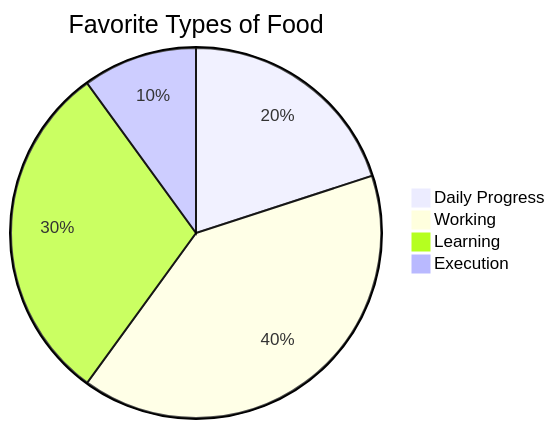
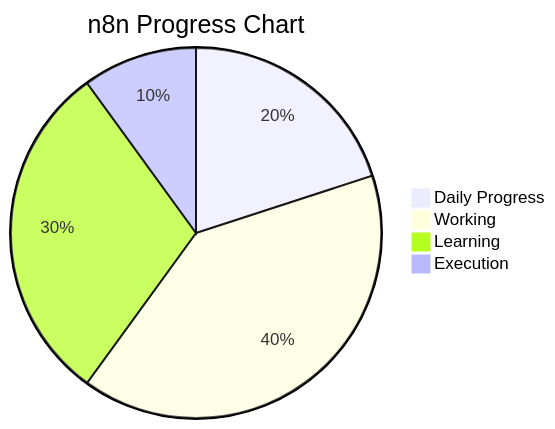
Before and after one commit to isufyann/n8n: the second of 2 diagrams in WorkFlow_02/README.md, drawn with Mermaid.

Commit message:
Update pie chart title in README.md

````diff
--- a/WorkFlow_02/README.md
+++ b/WorkFlow_02/README.md
@@ -112,7 +112,7 @@
 ```mermaid
-pie title Favorite Types of Food
+pie title n8n Progress Chart
     "Daily Progress" : 20
     "Working" : 40
     "Learning" : 30
     "Execution" : 10
 ```
````
